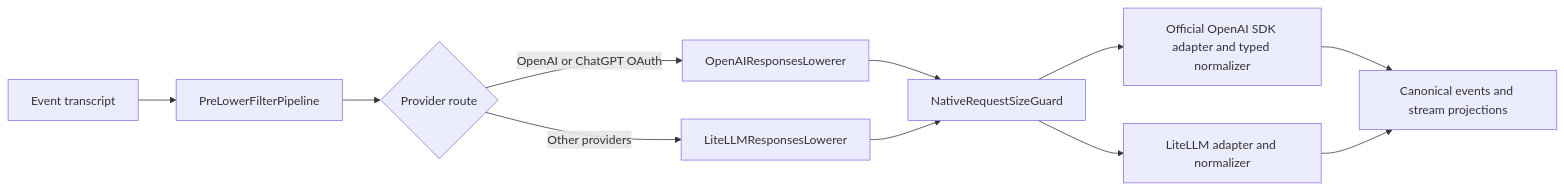
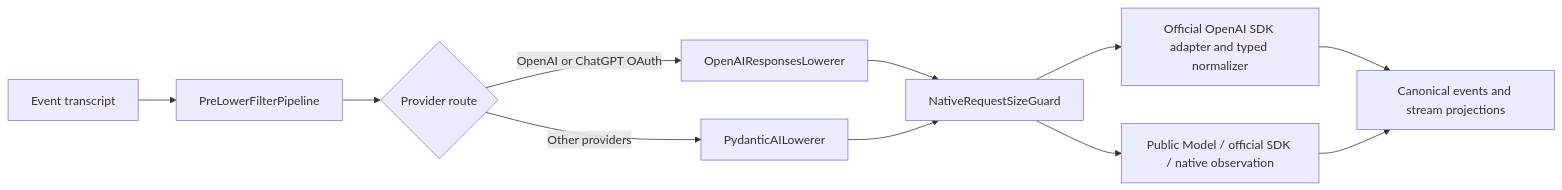
The diagram in docs/azents/spec/flow/agent-execution-loop.md (azents/azents), drawn with Mermaid before and after one commit. The commit also changed other lines of this file and 117 other files, not shown here.

````diff
--- a/docs/azents/spec/flow/agent-execution-loop.md
+++ b/docs/azents/spec/flow/agent-execution-loop.md
@@ -615,13 +642,13 @@
 ```mermaid
 flowchart LR
     E[Event transcript] --> P[PreLowerFilterPipeline]
     P --> S{Provider route}
     S -->|OpenAI or ChatGPT OAuth| OL[OpenAIResponsesLowerer]
-    S -->|Other providers| LL[LiteLLMResponsesLowerer]
+    S -->|Other providers| PL[PydanticAILowerer]
     OL --> G[NativeRequestSizeGuard]
-    LL --> G
+    PL --> G
     G --> OA[Official OpenAI SDK adapter and typed normalizer]
-    G --> LA[LiteLLM adapter and normalizer]
+    G --> PA[Public Model / official SDK / native observation]
     OA --> C[Canonical events and stream projections]
-    LA --> C
+    PA --> C
 ```
````
